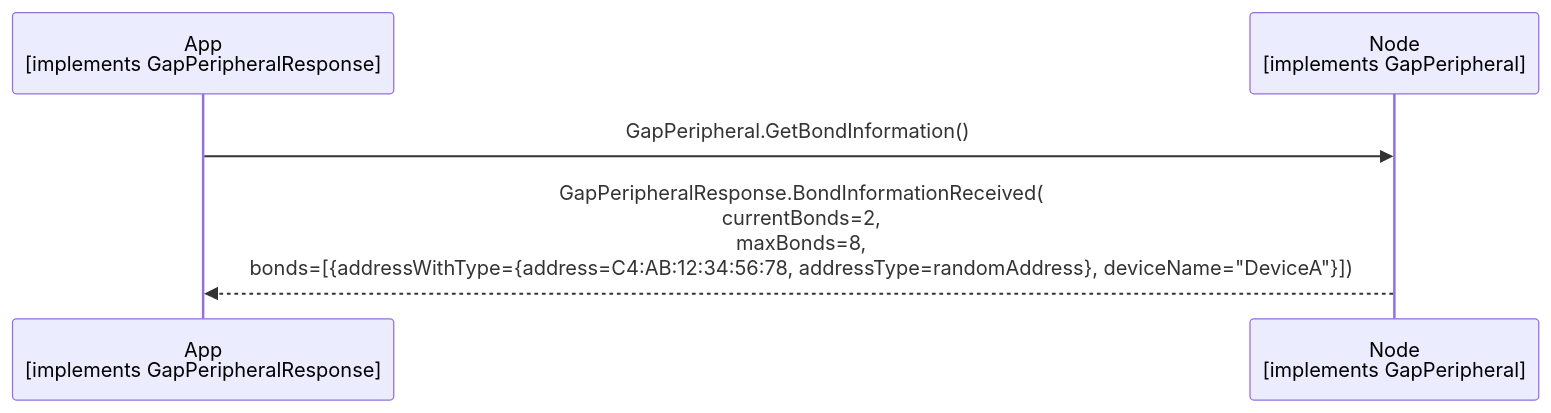
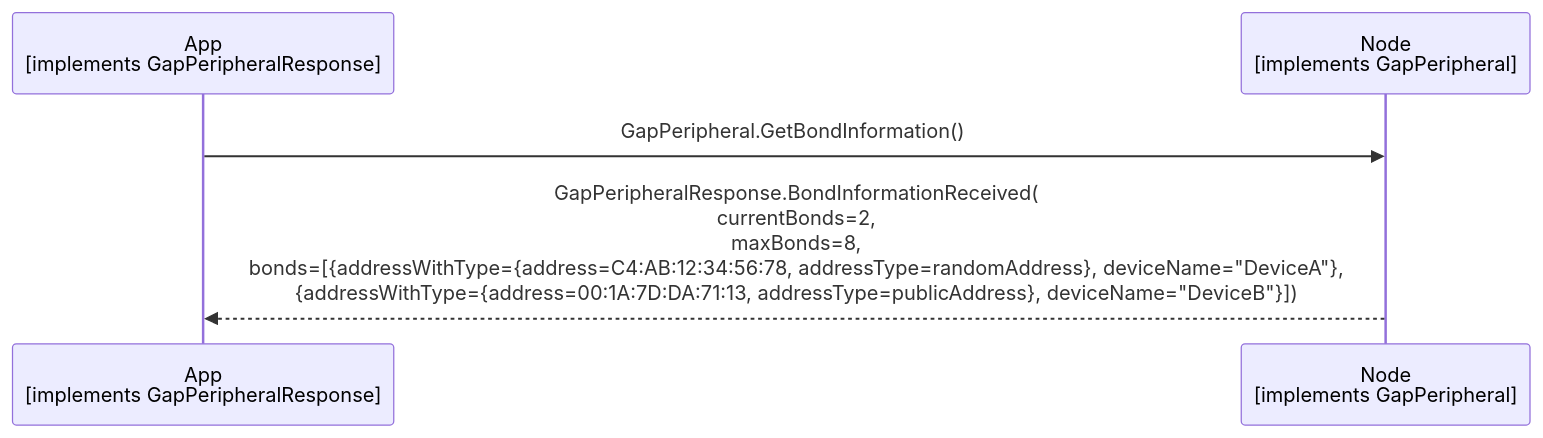
The diagram in documents/modules/ROOT/partials/echoservices/gap_peripheral/GapPeripheral_GetBondInformation_sequence.mmd (philips-software/amp-embedded-infra-lib), drawn with Mermaid before and after one commit.

Commit message:
fix BondInformationReceived sequence diagram

```diff
--- a/documents/modules/ROOT/partials/echoservices/gap_peripheral/GapPeripheral_GetBondInformation_sequence.mmd
+++ b/documents/modules/ROOT/partials/echoservices/gap_peripheral/GapPeripheral_GetBondInformation_sequence.mmd
@@ -1,5 +1,5 @@
 sequenceDiagram
     participant App as App<br>[implements GapPeripheralResponse]
     participant Node as Node<br>[implements GapPeripheral]
     App->>Node: GapPeripheral.GetBondInformation()
-    Node-->>App: GapPeripheralResponse.BondInformationReceived(<br>currentBonds=2,<br>maxBonds=8,<br>bonds=[{addressWithType={address=C4:AB:12:34:56:78, addressType=randomAddress}, deviceName="DeviceA"}])
+    Node-->>App: GapPeripheralResponse.BondInformationReceived(<br>currentBonds=2,<br>maxBonds=8,<br>bonds=[{addressWithType={address=C4:AB:12:34:56:78, addressType=randomAddress}, deviceName="DeviceA"},<br>{addressWithType={address=00:1A:7D:DA:71:13, addressType=publicAddress}, deviceName="DeviceB"}])
```
